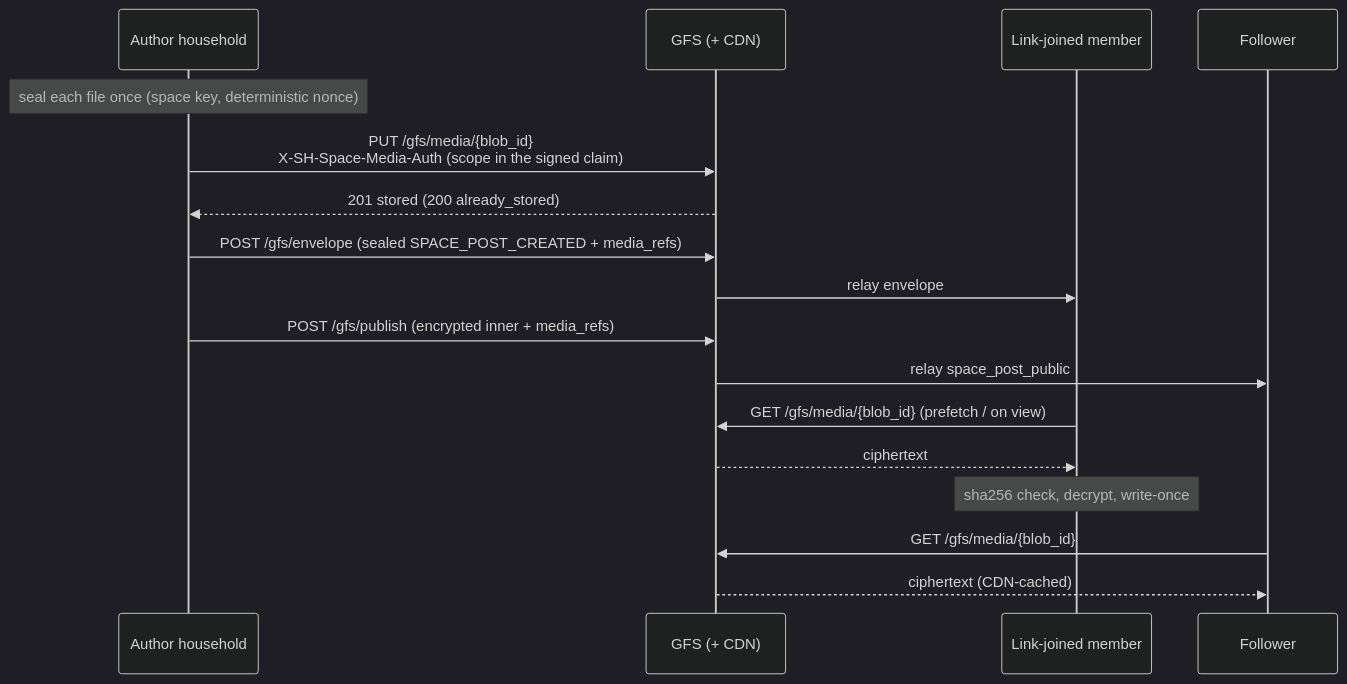
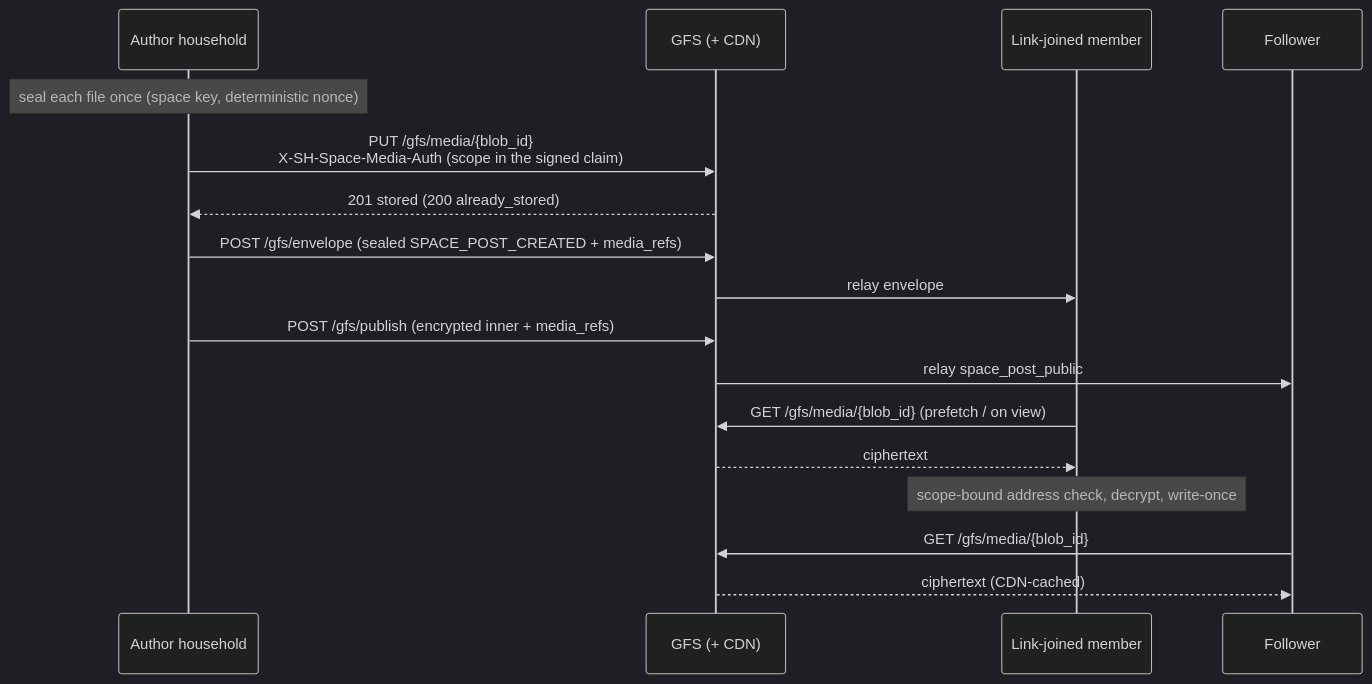
The second of 2 diagrams in docs/protocol/media.md (social-home-io/socialhome), drawn with Mermaid (dark theme) before and after one commit. The commit also changed other lines of this file and 5 other files, not shown here.

````diff
--- a/docs/protocol/media.md
+++ b/docs/protocol/media.md
@@ -342,19 +371,19 @@
 ```mermaid
 sequenceDiagram
     participant A as Author household
     participant G as GFS (+ CDN)
     participant E as Link-joined member
     participant F as Follower
     Note over A: seal each file once (space key, deterministic nonce)
     A->>G: PUT /gfs/media/{blob_id}<br/>X-SH-Space-Media-Auth (scope in the signed claim)
     G-->>A: 201 stored (200 already_stored)
     A->>G: POST /gfs/envelope (sealed SPACE_POST_CREATED + media_refs)
     G->>E: relay envelope
     A->>G: POST /gfs/publish (encrypted inner + media_refs)
     G->>F: relay space_post_public
     E->>G: GET /gfs/media/{blob_id} (prefetch / on view)
     G-->>E: ciphertext
-    Note over E: sha256 check, decrypt, write-once
+    Note over E: scope-bound address check, decrypt, write-once
     F->>G: GET /gfs/media/{blob_id}
     G-->>F: ciphertext (CDN-cached)
 ```
````
